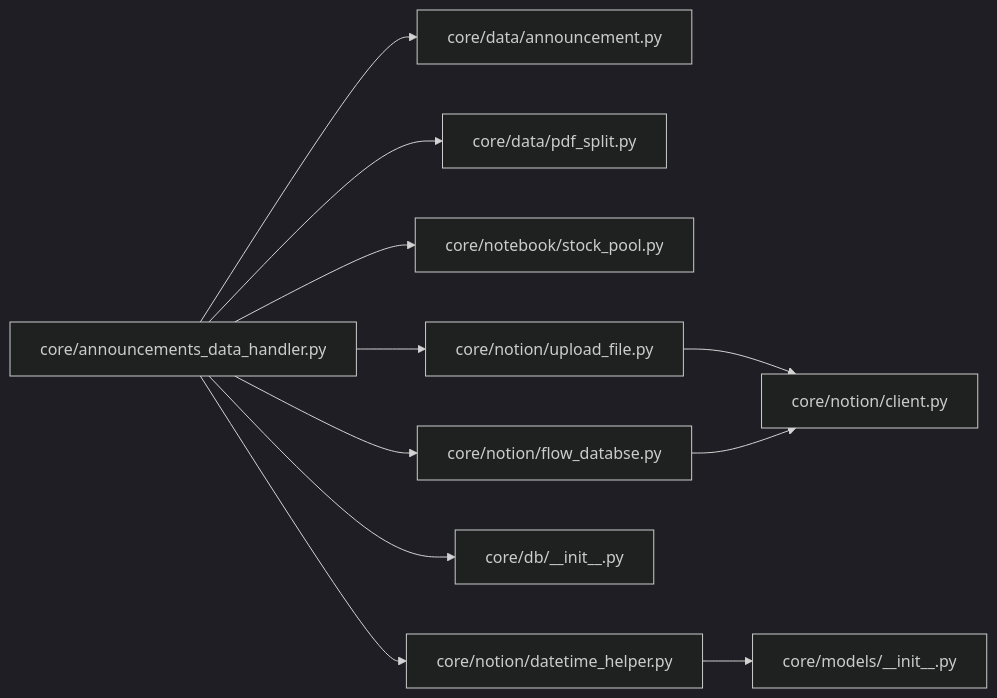
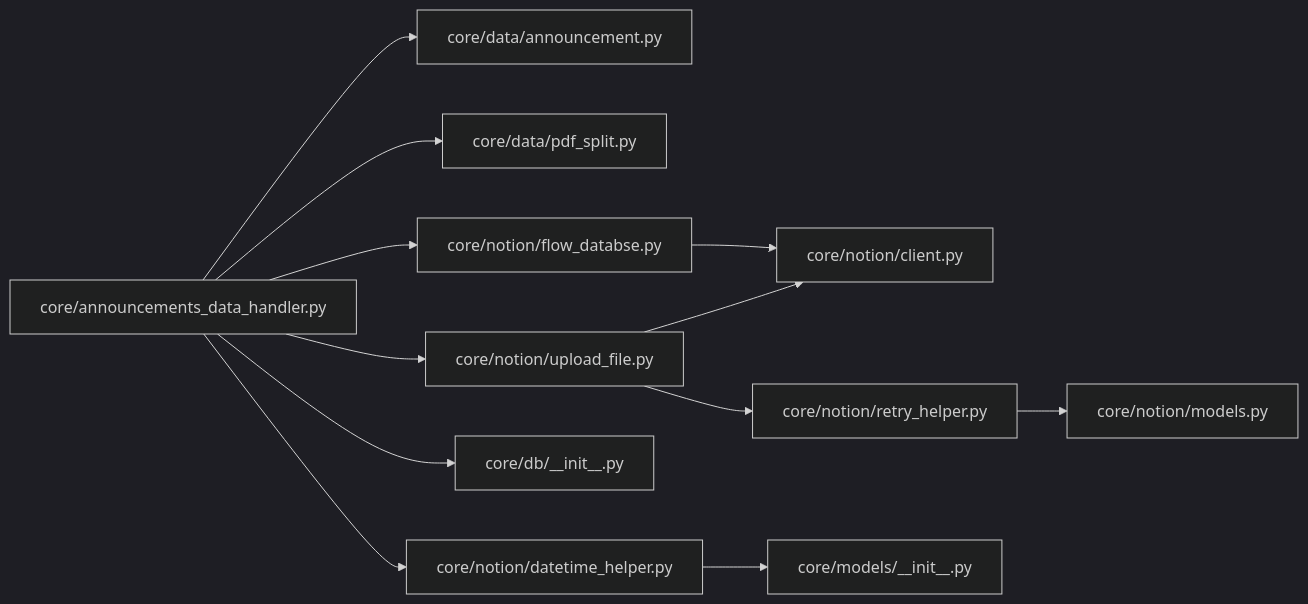
One commit to iverwong/DataLife changed the fifth of 5 diagrams in .qoder/repowiki/zh/content/核心模块详解/Notion集成模块/Notion集成模块.md. Above: the diagram before and after it, drawn with Mermaid (dark theme). The commit also changed other lines of this file and 6 other files, not shown here.

````diff
--- a/.qoder/repowiki/zh/content/核心模块详解/Notion集成模块/Notion集成模块.md
+++ b/.qoder/repowiki/zh/content/核心模块详解/Notion集成模块/Notion集成模块.md
@@ -291,13 +339,14 @@
 ```mermaid
 graph LR
 A["core/announcements_data_handler.py"] --> B["core/data/announcement.py"]
 A --> C["core/data/pdf_split.py"]
-A --> D["core/notebook/stock_pool.py"]
-A --> E["core/notion/upload_file.py"]
-A --> F["core/notion/flow_databse.py"]
-E --> G["core/notion/client.py"]
-F --> G
+A --> D["core/notion/upload_file.py"]
+A --> E["core/notion/flow_databse.py"]
+D --> F["core/notion/client.py"]
+D --> G["core/notion/retry_helper.py"]
+E --> F
 A --> H["core/db/__init__.py"]
 I["core/notion/datetime_helper.py"] --> J["core/models/__init__.py"]
 A --> I
+G --> K["core/notion/models.py"]
 ```
````
